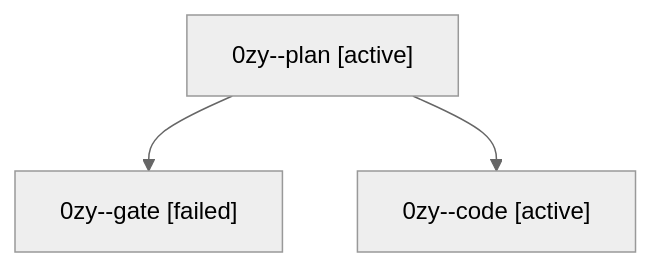
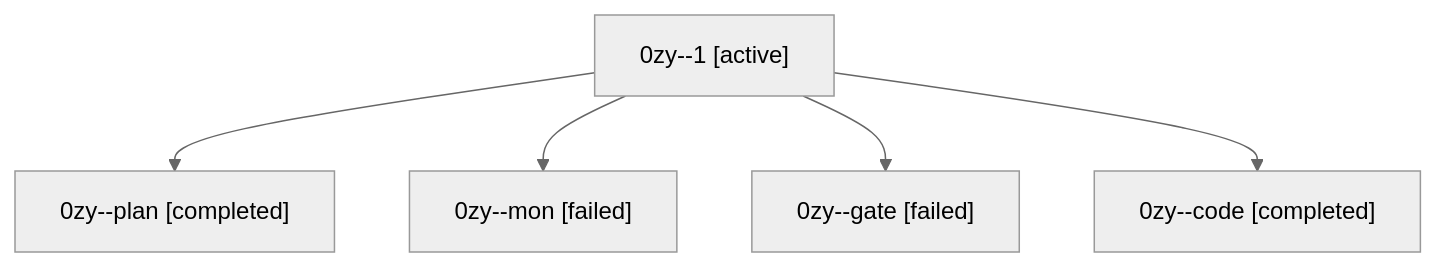
The diagram in sessions/bbugyi200.athena.0zy.md (bobs-org/bob-cli--agents), drawn with Mermaid (neutral theme) before and after one commit. The commit also changed other lines of this file and 49 other files, not shown here.

````diff
--- a/sessions/bbugyi200.athena.0zy.md
+++ b/sessions/bbugyi200.athena.0zy.md
@@ -9,8 +9,12 @@
 ```mermaid
 flowchart TD
-  n0["0zy--plan [active]"]
-  n1["0zy--gate [failed]"]
+  n0["0zy--1 [active]"]
+  n1["0zy--plan [completed]"]
   n0 --> n1
-  n2["0zy--code [active]"]
+  n2["0zy--mon [failed]"]
   n0 --> n2
+  n3["0zy--gate [failed]"]
+  n0 --> n3
+  n4["0zy--code [completed]"]
+  n0 --> n4
 ```
````
